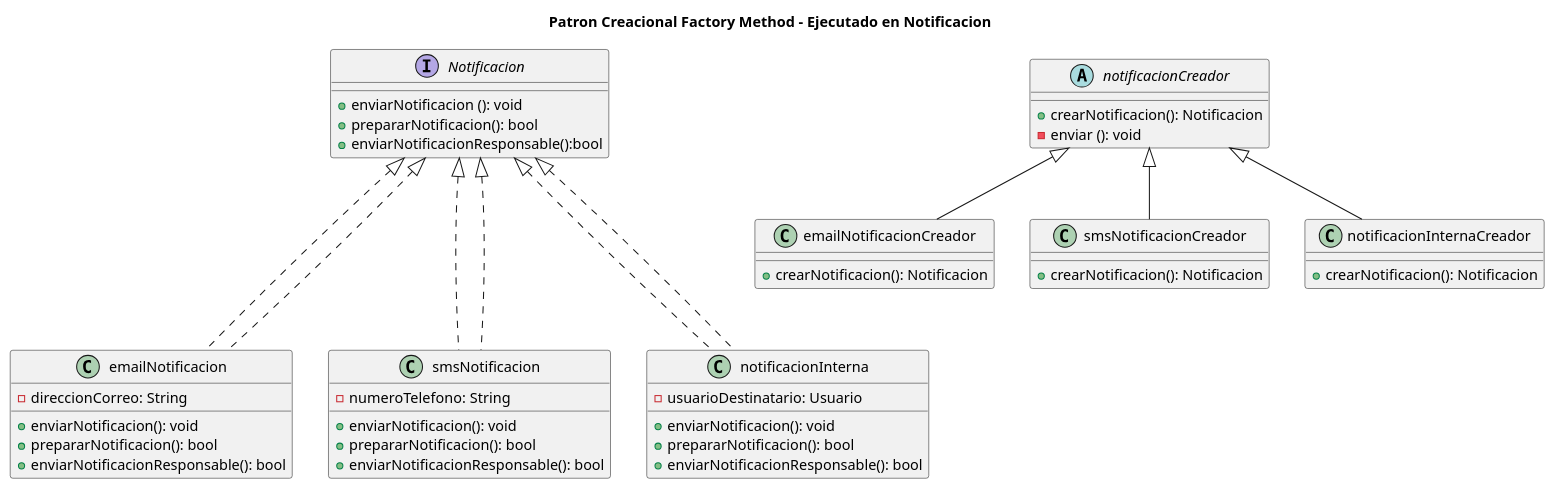
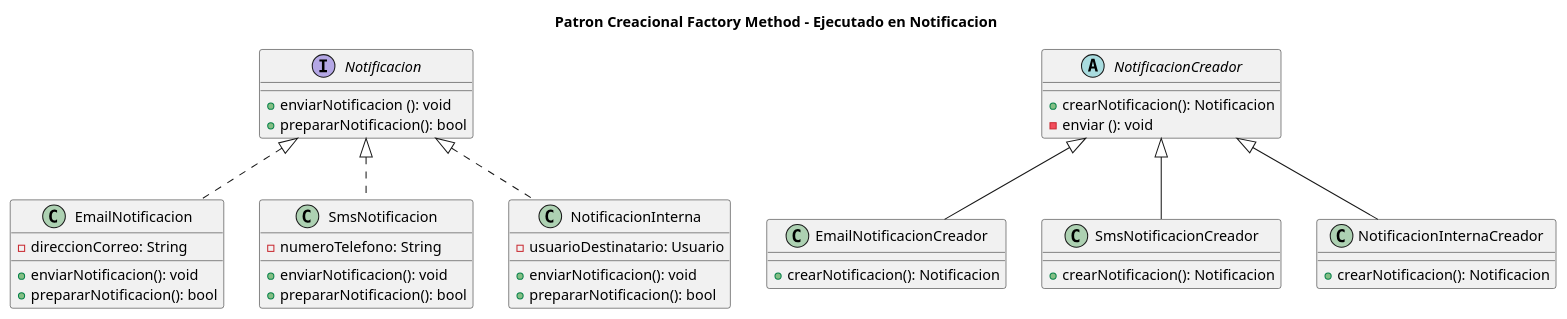
One commit to 9919-Mili/SistemaProductoraVideos changed the diagram in diagramas/01-diagrama-clases/01-patron-creacional-factory-method.puml. Above: the diagram before and after it, drawn with PlantUML. The commit also changed 1 other file, not shown here.

```diff
--- a/diagramas/01-diagrama-clases/01-patron-creacional-factory-method.puml
+++ b/diagramas/01-diagrama-clases/01-patron-creacional-factory-method.puml
@@ -1,63 +1,59 @@
 @startUML
 title Patron Creacional Factory Method - Ejecutado en Notificacion
 
 interface Notificacion {
    +enviarNotificacion (): void
    +prepararNotificacion(): bool
-   +enviarNotificacionResponsable():bool
    }
 
-class emailNotificacion implements Notificacion {
+class EmailNotificacion  {
     - direccionCorreo: String
     +enviarNotificacion(): void
     +prepararNotificacion(): bool
-    +enviarNotificacionResponsable(): bool
 }
 
-class smsNotificacion implements Notificacion {
+class SmsNotificacion  {
     - numeroTelefono: String
     +enviarNotificacion(): void
     +prepararNotificacion(): bool
-    +enviarNotificacionResponsable(): bool
 }
 
-class notificacionInterna implements Notificacion {
+class NotificacionInterna  {
     - usuarioDestinatario: Usuario
     +enviarNotificacion(): void
     +prepararNotificacion(): bool
-    +enviarNotificacionResponsable(): bool
 }
 
-abstract class notificacionCreador {
+abstract class NotificacionCreador {
     +crearNotificacion(): Notificacion
     - enviar (): void
 }
 
-class emailNotificacionCreador {
+class EmailNotificacionCreador {
     +crearNotificacion(): Notificacion
 }
 
-class smsNotificacionCreador {
+class SmsNotificacionCreador {
     +crearNotificacion(): Notificacion
 }
 
-class notificacionInternaCreador {
+class NotificacionInternaCreador {
     +crearNotificacion(): Notificacion
 }
 
 
-Notificacion <|... emailNotificacion
-Notificacion <|... smsNotificacion
-Notificacion <|... notificacionInterna
+Notificacion <|.. EmailNotificacion
+Notificacion <|.. SmsNotificacion
+Notificacion <|.. NotificacionInterna
 
-notificacionCreador <|-- emailNotificacionCreador
-notificacionCreador <|-- smsNotificacionCreador
-notificacionCreador <|-- notificacionInternaCreador
+NotificacionCreador <|-- EmailNotificacionCreador
+NotificacionCreador <|-- SmsNotificacionCreador
+NotificacionCreador <|-- NotificacionInternaCreador
 
 
 
 
 
 
 
 @endUML
```
